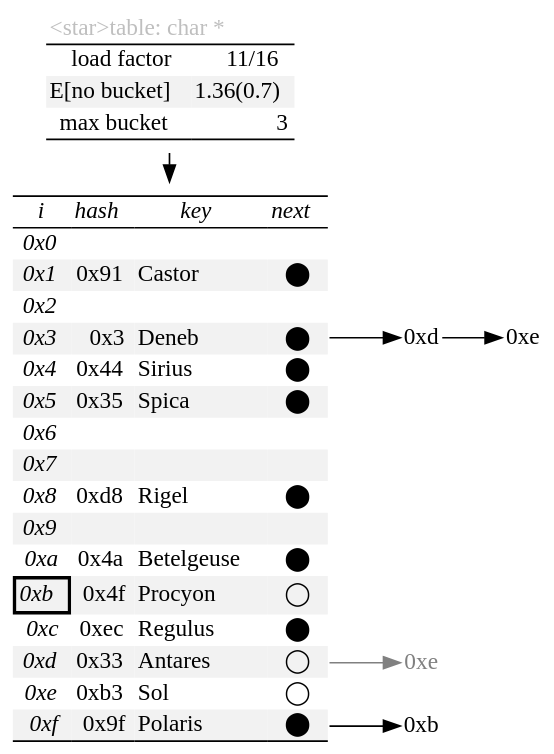
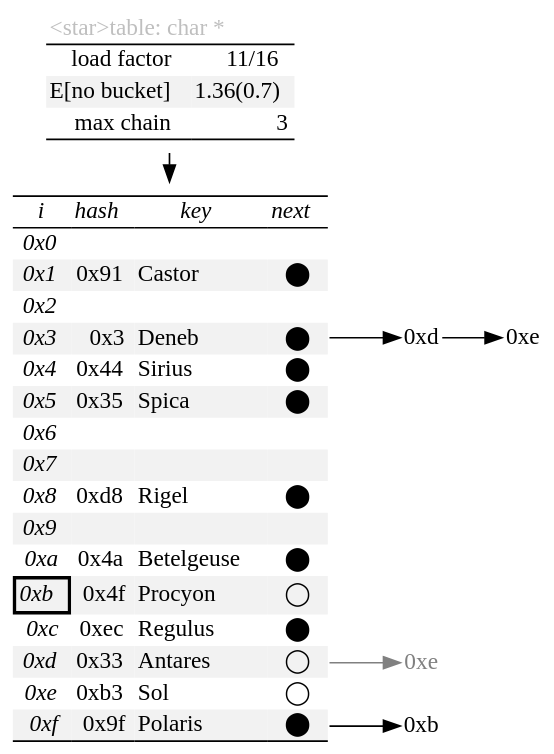
Before and after one commit to neil-edelman/boxes: the diagram in doc/table/table-precursor/star-raw.gv, drawn with Graphviz. The commit also changed 2 other files, not shown here.

```diff
--- a/doc/table/table-precursor/star-raw.gv
+++ b/doc/table/table-precursor/star-raw.gv
@@ -1,135 +1,135 @@
 digraph {
 	graph [rankdir=LR, truecolor=true, bgcolor=transparent, fontname=modern];
 	node [shape=none, fontname=modern];
 	hash [label=<
 <table border="0" cellspacing="0">
 	<tr><td colspan="2" align="left"><font color="Gray75">&lt;star&gt;table: char *</font></td></tr>
 	<hr/>
 	<tr>
 		<td border="0" align="right">load factor</td>
 		<td border="0" align="right">11/16</td>
 	</tr>
 	<tr>
 		<td border="0" align="right" bgcolor="Gray95">E[no bucket]</td>
 		<td border="0" align="right" bgcolor="Gray95">1.36(0.7)</td>
 	</tr>
 	<tr>
-		<td border="0" align="right">max bucket</td>
+		<td border="0" align="right">max chain</td>
 		<td border="0" align="right">3</td>
 	</tr>
 	<hr/>
 	<tr><td></td></tr>
 </table>>];
 	hash -> data;
 	{ rank=same; hash; data; }
 	data [label=<
 <table border="0" cellspacing="0">
 	<tr><td colspan="4"></td></tr>
 	<hr/>
 	<tr>
 		<td border="0"><font face="Times-Italic">i</font></td>
 		<td border="0"><font face="Times-Italic">hash</font></td>
 		<td border="0"><font face="Times-Italic">key</font></td>
 		<td border="0"><font face="Times-Italic">next</font></td>
 	</tr>
 	<hr/>
 	<tr>
 		<td align="right"><font face="Times-Italic">0x0</font></td>
 		<td></td><td></td><td></td>
 	</tr>
 	<tr>
 		<td align="right" bgcolor="Gray95"><font face="Times-Italic">0x1</font></td>
 		<td align="right" bgcolor="Gray95">0x91</td>
 		<td align="left" bgcolor="Gray95">Castor</td>
 		<td port="1" bgcolor="Gray95">⬤</td>
 	</tr>
 	<tr>
 		<td align="right"><font face="Times-Italic">0x2</font></td>
 		<td></td><td></td><td></td>
 	</tr>
 	<tr>
 		<td align="right" bgcolor="Gray95"><font face="Times-Italic">0x3</font></td>
 		<td align="right" bgcolor="Gray95">0x3</td>
 		<td align="left" bgcolor="Gray95">Deneb</td>
 		<td port="3" bgcolor="Gray95">⬤</td>
 	</tr>
 	<tr>
 		<td align="right"><font face="Times-Italic">0x4</font></td>
 		<td align="right">0x44</td>
 		<td align="left">Sirius</td>
 		<td port="4">⬤</td>
 	</tr>
 	<tr>
 		<td align="right" bgcolor="Gray95"><font face="Times-Italic">0x5</font></td>
 		<td align="right" bgcolor="Gray95">0x35</td>
 		<td align="left" bgcolor="Gray95">Spica</td>
 		<td port="5" bgcolor="Gray95">⬤</td>
 	</tr>
 	<tr>
 		<td align="right"><font face="Times-Italic">0x6</font></td>
 		<td></td><td></td><td></td>
 	</tr>
 	<tr>
 		<td align="right" bgcolor="Gray95"><font face="Times-Italic">0x7</font></td>
 		<td bgcolor="Gray95"></td><td bgcolor="Gray95"></td><td bgcolor="Gray95"></td>
 	</tr>
 	<tr>
 		<td align="right"><font face="Times-Italic">0x8</font></td>
 		<td align="right">0xd8</td>
 		<td align="left">Rigel</td>
 		<td port="8">⬤</td>
 	</tr>
 	<tr>
 		<td align="right" bgcolor="Gray95"><font face="Times-Italic">0x9</font></td>
 		<td bgcolor="Gray95"></td><td bgcolor="Gray95"></td><td bgcolor="Gray95"></td>
 	</tr>
 	<tr>
 		<td align="right"><font face="Times-Italic">0xa</font></td>
 		<td align="right">0x4a</td>
 		<td align="left">Betelgeuse</td>
 		<td port="10">⬤</td>
 	</tr>
 	<tr>
 		<td align="right" border="2" bgcolor="Gray95"><font face="Times-Italic">0xb</font></td>
 		<td align="right" bgcolor="Gray95">0x4f</td>
 		<td align="left" bgcolor="Gray95">Procyon</td>
 		<td port="11" bgcolor="Gray95">◯</td>
 	</tr>
 	<tr>
 		<td align="right"><font face="Times-Italic">0xc</font></td>
 		<td align="right">0xec</td>
 		<td align="left">Regulus</td>
 		<td port="12">⬤</td>
 	</tr>
 	<tr>
 		<td align="right" bgcolor="Gray95"><font face="Times-Italic">0xd</font></td>
 		<td align="right" bgcolor="Gray95">0x33</td>
 		<td align="left" bgcolor="Gray95">Antares</td>
 		<td port="13" bgcolor="Gray95">◯</td>
 	</tr>
 	<tr>
 		<td align="right"><font face="Times-Italic">0xe</font></td>
 		<td align="right">0xb3</td>
 		<td align="left">Sol</td>
 		<td port="14">◯</td>
 	</tr>
 	<tr>
 		<td align="right" bgcolor="Gray95"><font face="Times-Italic">0xf</font></td>
 		<td align="right" bgcolor="Gray95">0x9f</td>
 		<td align="left" bgcolor="Gray95">Polaris</td>
 		<td port="15" bgcolor="Gray95">⬤</td>
 	</tr>
 	<hr/>
 	<tr><td colspan="4"></td></tr>
 </table>>];
 	node [shape=plain, fillcolor=none]
 	e13 [label="0xd"];
 	data:3 -> e13 [tailclip=false];
 	e14 [label="0xe"];
 	e13 -> e14;
 	i0xe [label="0xe", fontcolor="Gray"];
 	data:13 -> i0xe [color="Gray"];
 	e11 [label="0xb"];
 	data:15 -> e11 [tailclip=false];
 	node [color=red];
 }
```
